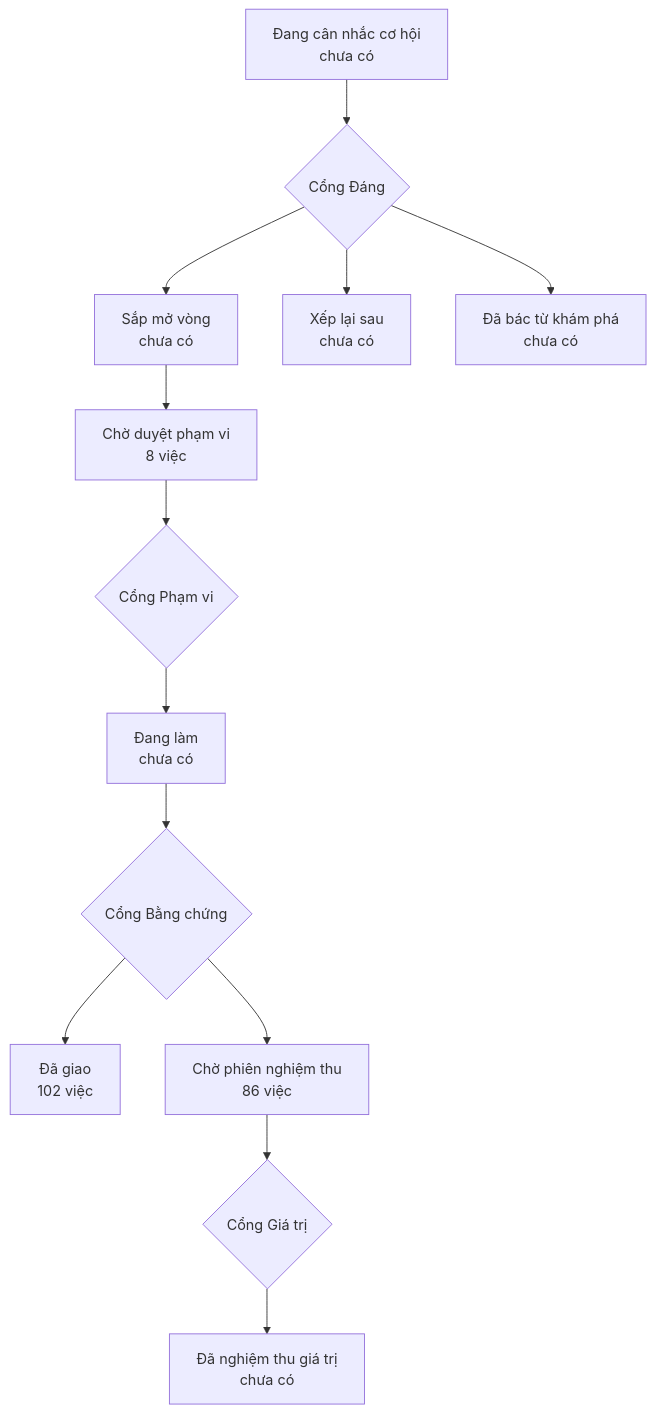
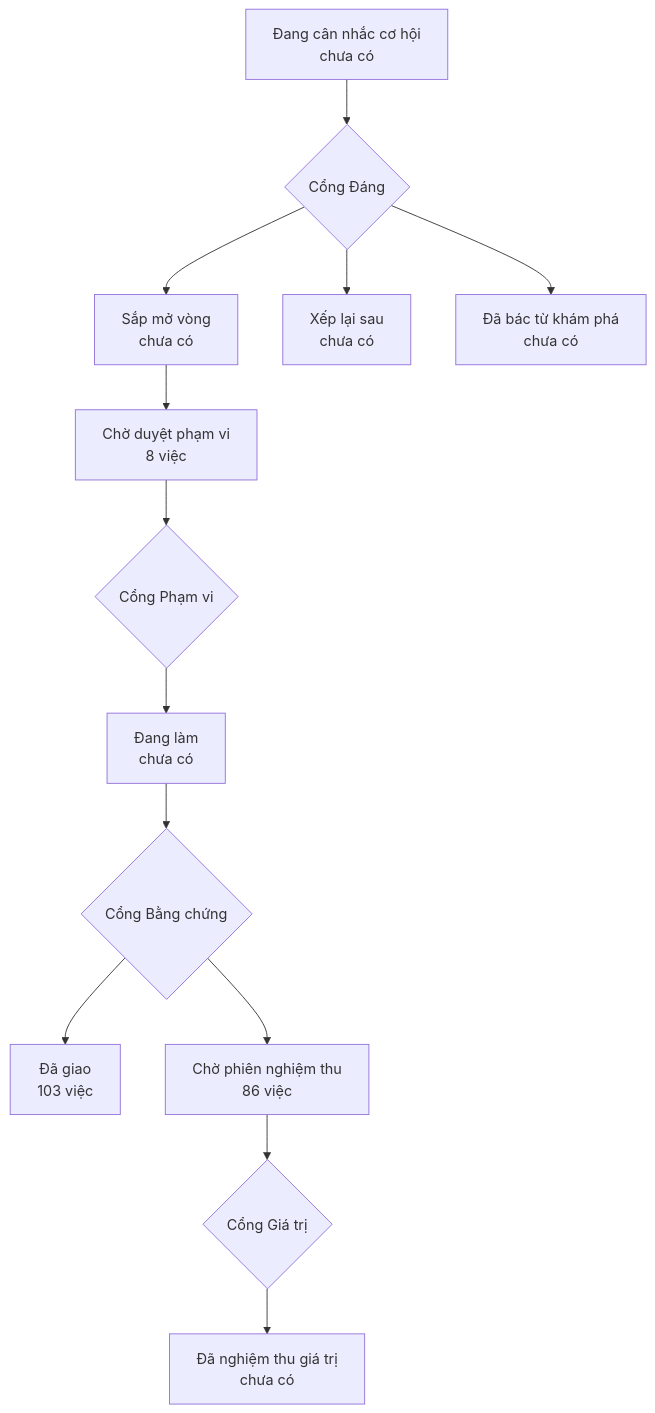
The diagram in PRODUCT-MAP.md (phanlemanh/onehub-invest), drawn with Mermaid before and after one commit. The commit also changed other lines of this file and 1 other file, not shown here.

Commit message:
chore(acceptance): vẽ lại bản đồ sau gộp main

````diff
--- a/PRODUCT-MAP.md
+++ b/PRODUCT-MAP.md
@@ -7,12 +7,12 @@
 ```mermaid
 flowchart TD
   A["Đang cân nhắc cơ hội<br/>chưa có"] --> GD{"Cổng Đáng"}
   GD --> B["Sắp mở vòng<br/>chưa có"]
   GD --> XL["Xếp lại sau<br/>chưa có"]
   GD --> DB["Đã bác từ khám phá<br/>chưa có"]
   B --> CD["Chờ duyệt phạm vi<br/>8 việc"] --> GP{"Cổng Phạm vi"}
   GP --> DL["Đang làm<br/>chưa có"] --> GB{"Cổng Bằng chứng"}
-  GB --> DG["Đã giao<br/>102 việc"]
+  GB --> DG["Đã giao<br/>103 việc"]
   GB --> CN["Chờ phiên nghiệm thu<br/>86 việc"] --> GG{"Cổng Giá trị"}
   GG --> NT["Đã nghiệm thu giá trị<br/>chưa có"]
 ```
````
